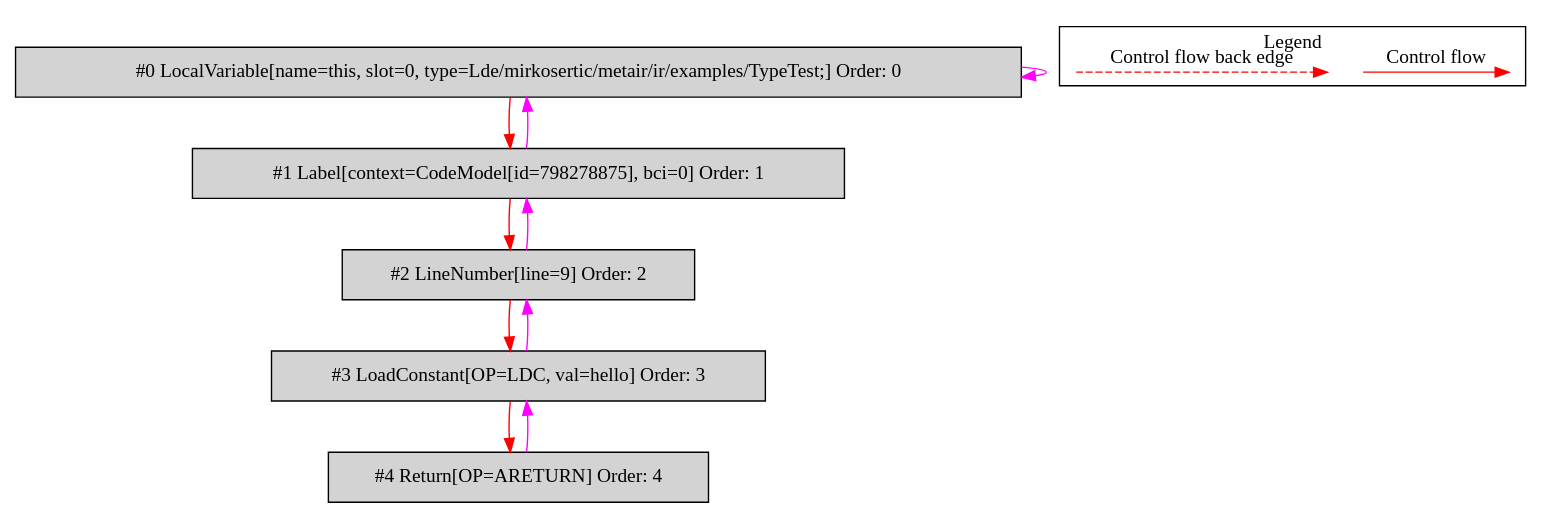
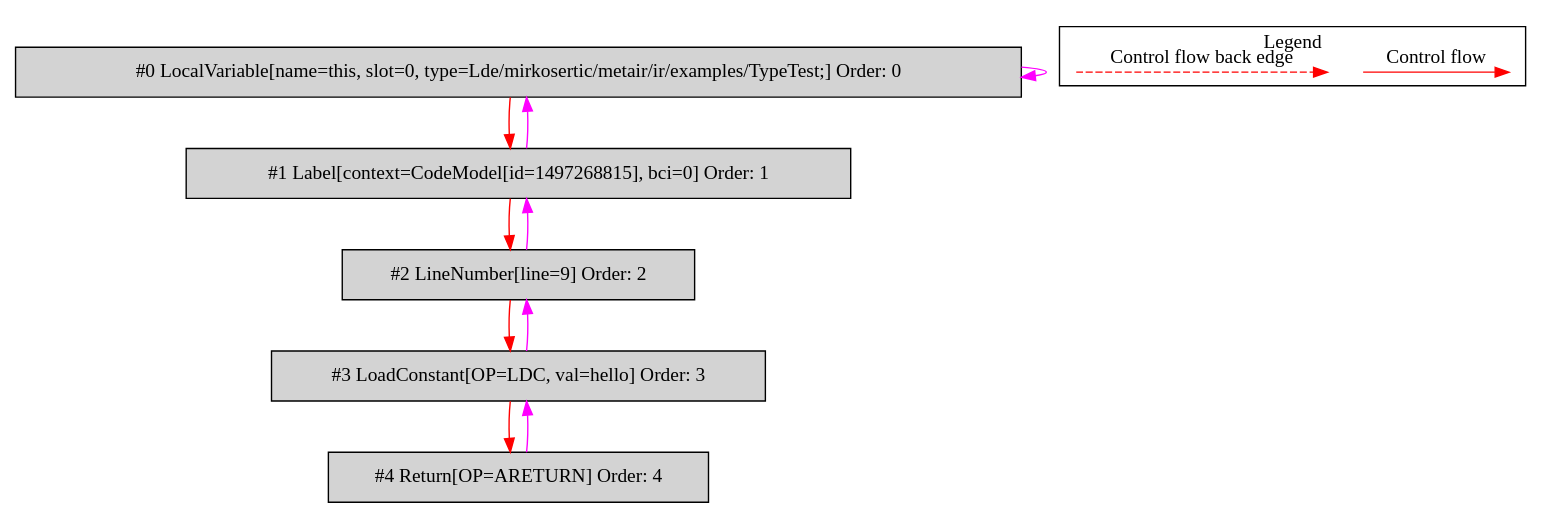
One commit to mirkosertic/MetaIR changed the diagram in de.mirkosertic.metair.ir.examples.TypeTest/downCastReturnObject/bytecodecfg.dot. Above: the diagram before and after it, drawn with Graphviz. The commit also changed 1265 other files, not shown here.

```diff
--- a/de.mirkosertic.metair.ir.examples.TypeTest/downCastReturnObject/bytecodecfg.dot
+++ b/de.mirkosertic.metair.ir.examples.TypeTest/downCastReturnObject/bytecodecfg.dot
@@ -1,31 +1,31 @@
 digraph {
  ordering="in";
  node0[label="#0 LocalVariable[name=this, slot=0, type=Lde/mirkosertic/metair/ir/examples/TypeTest;] Order: 0", shape=box, fillcolor=lightgrey, style=filled];
- node1[label="#1 Label[context=CodeModel[id=798278875], bci=0] Order: 1", shape=box, fillcolor=lightgrey, style=filled];
+ node1[label="#1 Label[context=CodeModel[id=1497268815], bci=0] Order: 1", shape=box, fillcolor=lightgrey, style=filled];
  node2[label="#2 LineNumber[line=9] Order: 2", shape=box, fillcolor=lightgrey, style=filled];
  node3[label="#3 LoadConstant[OP=LDC, val=hello] Order: 3", shape=box, fillcolor=lightgrey, style=filled];
  node4[label="#4 Return[OP=ARETURN] Order: 4", shape=box, fillcolor=lightgrey, style=filled];
  node0 -> node0[color=fuchsia];
  node0 -> node1[color=red];
  node1 -> node0[color=fuchsia];
  node1 -> node2[color=red];
  node2 -> node1[color=fuchsia];
  node2 -> node3[color=red];
  node3 -> node2[color=fuchsia];
  node3 -> node4[color=red];
  node4 -> node3[color=fuchsia];
  subgraph cluster_000 {
   label = "Legend";
   node [shape=point]
   {
    rank=same;
    c0 [style = invis];
    c1 [style = invis];
    c2 [style = invis];
    c3 [style = invis];
   }
   c0 -> c1 [label="Control flow", style=solid, color=red]
   c2 -> c3 [label="Control flow back edge", style=dashed, color=red]
  }
 
 }
```
